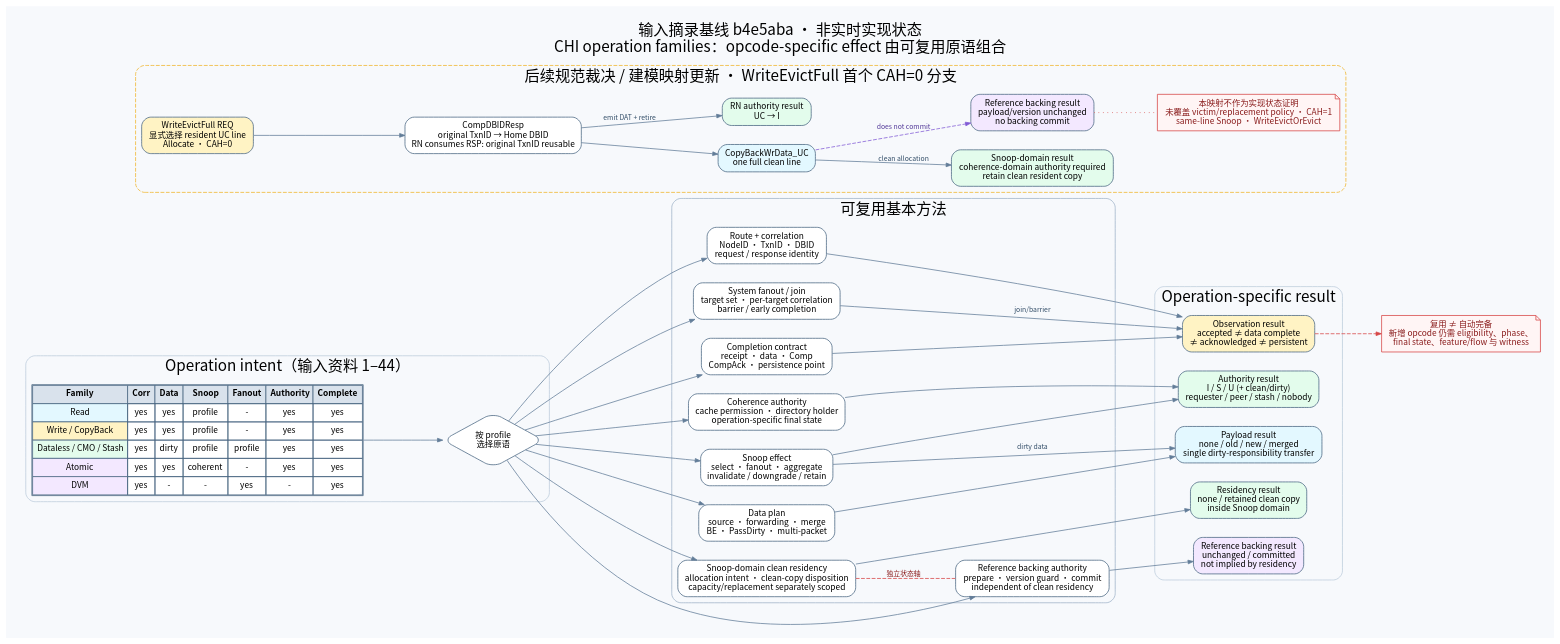
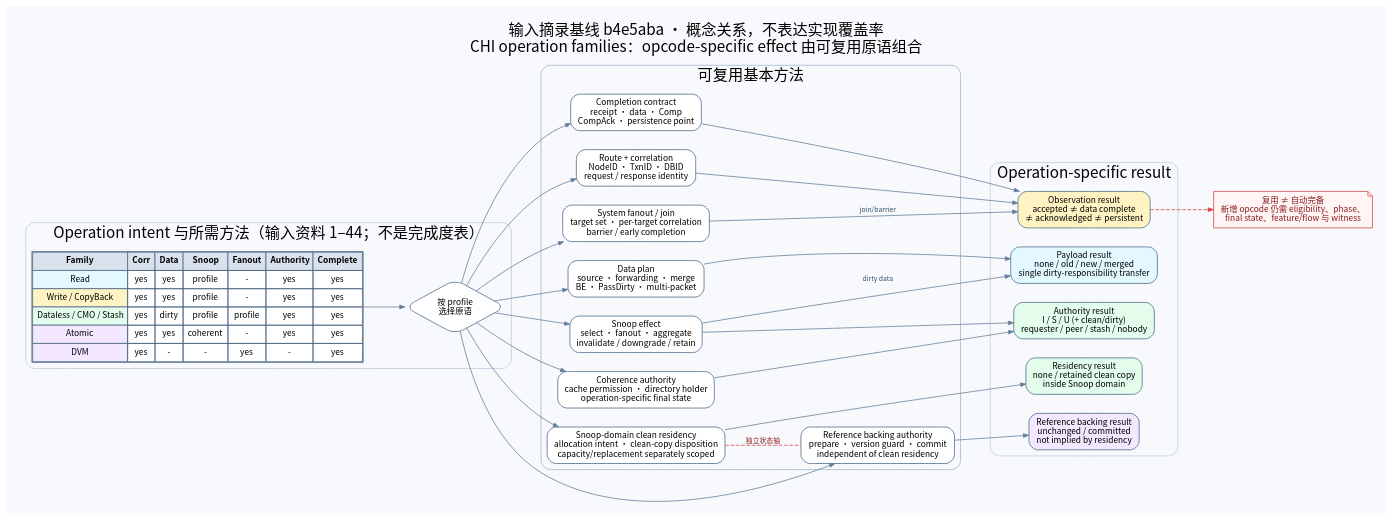
One commit to WhiteDeerPro/PROTOCOL_MODEL changed the diagram in docs/reviews/assets/chi-injected-flow-digest/operation-families.dot. Above: the diagram before and after it, drawn with Graphviz. The commit also changed 20 other files, not shown here.

Commit message:
Close CHI WriteEvictFull snoop cancellation

```diff
--- a/docs/reviews/assets/chi-injected-flow-digest/operation-families.dot
+++ b/docs/reviews/assets/chi-injected-flow-digest/operation-families.dot
@@ -6,7 +6,7 @@
     nodesep=0.35,
     ranksep=0.75,
     fontname="Noto Sans CJK SC",
-    label="输入摘录基线 b4e5aba · 非实时实现状态\nCHI operation families：opcode-specific effect 由可复用原语组合",
+    label="输入摘录基线 b4e5aba · 概念关系，不表达实现覆盖率\nCHI operation families：opcode-specific effect 由可复用原语组合",
     labelloc=t,
     fontsize=20
   ];
@@ -28,7 +28,7 @@
   ];
 
   subgraph cluster_families {
-    label="Operation intent（输入资料 1–44）";
+    label="Operation intent 与所需方法（输入资料 1–44；不是完成度表）";
     color="#bcccdc";
     style="rounded";
 
@@ -155,59 +155,4 @@
     label="复用 ≠ 自动完备\n新增 opcode 仍需 eligibility、phase、\nfinal state、feature/flow 与 witness"
   ];
   observation_result -> boundary [style=dashed, color="#d64545"];
-
-  subgraph cluster_write_evict_mapping {
-    label="后续规范裁决 / 建模映射更新 · WriteEvictFull 首个 CAH=0 分支";
-    color="#f0b429";
-    style="rounded,dashed";
-
-    write_evict_req [
-      fillcolor="#fff3c4",
-      label="WriteEvictFull REQ\n显式选择 resident UC line\nAllocate · CAH=0"
-    ];
-    write_evict_dbid [
-      fillcolor="#ffffff",
-      label="CompDBIDResp\noriginal TxnID → Home DBID\nRN consumes RSP: original TxnID reusable"
-    ];
-    write_evict_dat [
-      fillcolor="#e3f8ff",
-      label="CopyBackWrData_UC\none full clean line"
-    ];
-    write_evict_rn [
-      fillcolor="#e3fcec",
-      label="RN authority result\nUC → I"
-    ];
-    write_evict_residency [
-      fillcolor="#e3fcec",
-      label="Snoop-domain result\ncoherence-domain authority required\nretain clean resident copy"
-    ];
-    write_evict_backing [
-      fillcolor="#f3e8ff",
-      label="Reference backing result\npayload/version unchanged\nno backing commit"
-    ];
-    write_evict_boundary [
-      shape=note,
-      style="filled",
-      color="#d64545",
-      fillcolor="#fff5f5",
-      fontcolor="#8a1c1c",
-      label="本映射不作为实现状态证明\n未覆盖 victim/replacement policy · CAH=1\nsame-line Snoop · WriteEvictOrEvict"
-    ];
-
-    write_evict_req -> write_evict_dbid -> write_evict_dat;
-    write_evict_dbid -> write_evict_rn [label="emit DAT + retire"];
-    write_evict_dat -> write_evict_residency [label="clean allocation"];
-    write_evict_dat -> write_evict_backing [
-      style=dashed,
-      color="#805ad5",
-      fontcolor="#553c9a",
-      label="does not commit"
-    ];
-    write_evict_backing -> write_evict_boundary [
-      style=dotted,
-      arrowhead=none,
-      color="#d64545"
-    ];
-  }
-
 }
```
